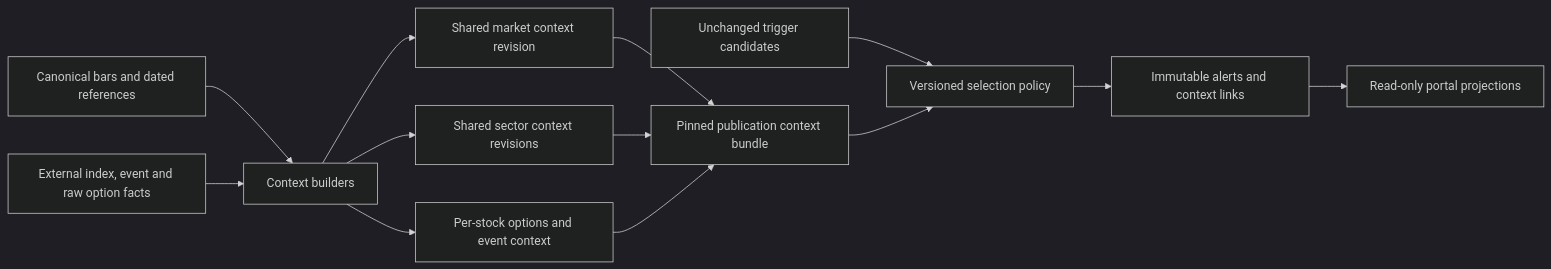
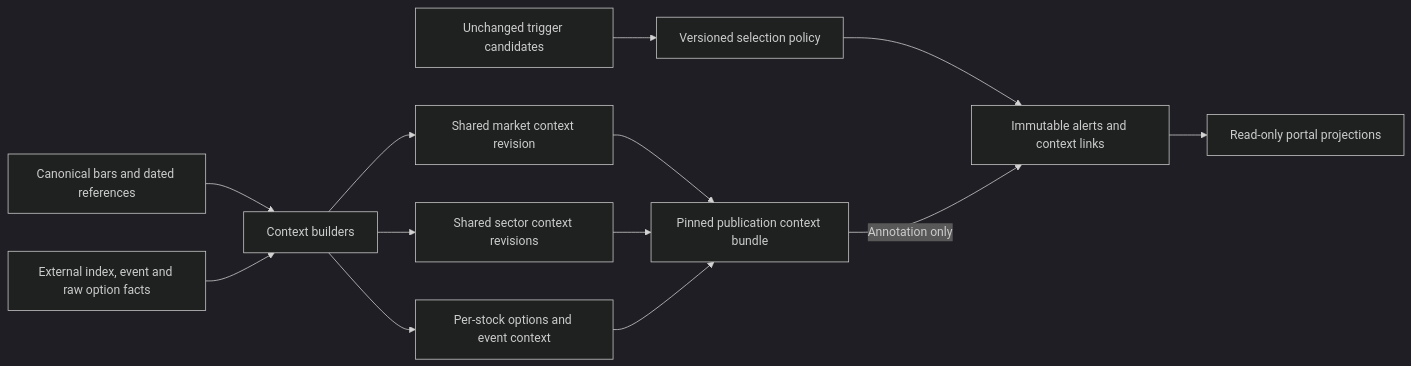
Before and after one commit to vchidura/StockScreener: the diagram in docs/STOCK_ALERT_CONTEXT_ENHANCEMENT_DESIGN.md, drawn with Mermaid (dark theme). The commit also changed other lines of this file and 31 other files, not shown here.

````diff
--- a/docs/STOCK_ALERT_CONTEXT_ENHANCEMENT_DESIGN.md
+++ b/docs/STOCK_ALERT_CONTEXT_ENHANCEMENT_DESIGN.md
@@ -627,15 +1557,15 @@
 ```mermaid
 flowchart LR
     A[Canonical bars and dated references] --> C[Context builders]
     B[External index, event and raw option facts] --> C
     C --> M[Shared market context revision]
     C --> S[Shared sector context revisions]
     C --> O[Per-stock options and event context]
     M --> P[Pinned publication context bundle]
     S --> P
     O --> P
     D[Unchanged trigger candidates] --> E[Versioned selection policy]
-    P --> E
     E --> R[Immutable alerts and context links]
+    P -->|Annotation only| R
     R --> U[Read-only portal projections]
 ```
````
